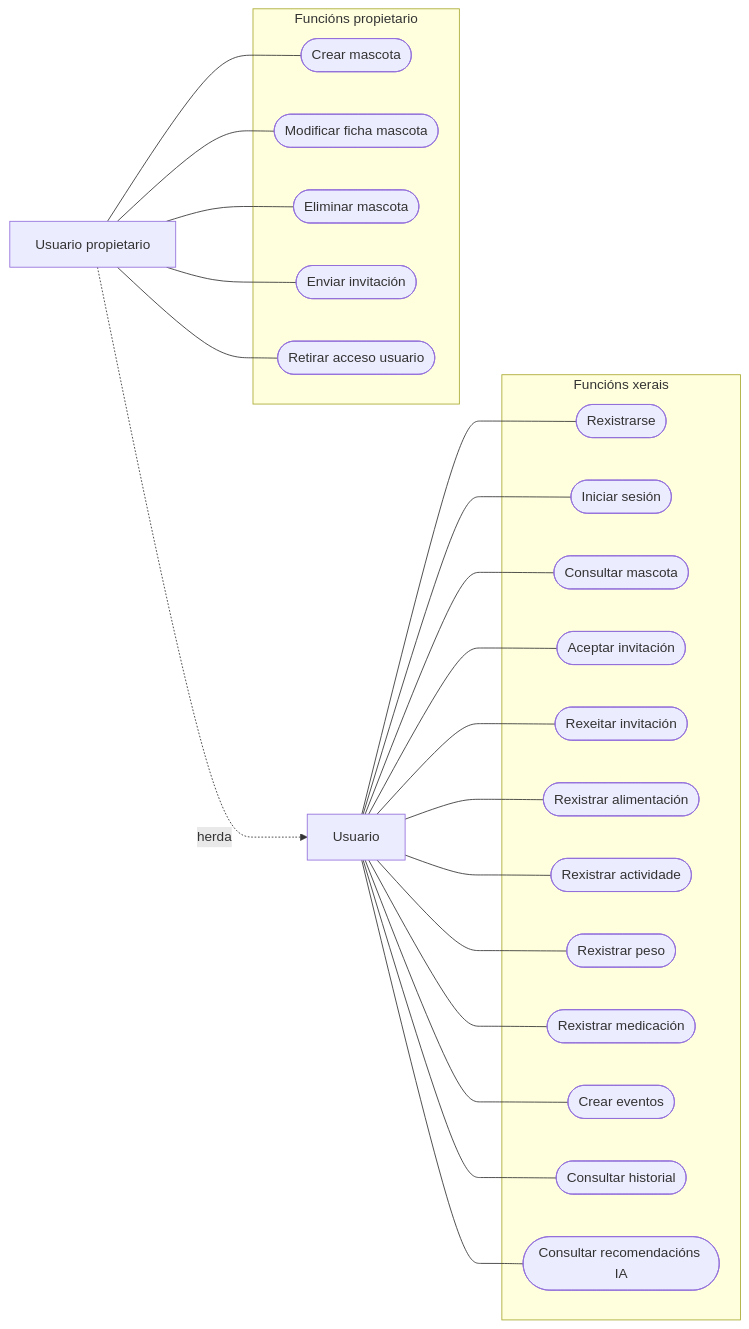
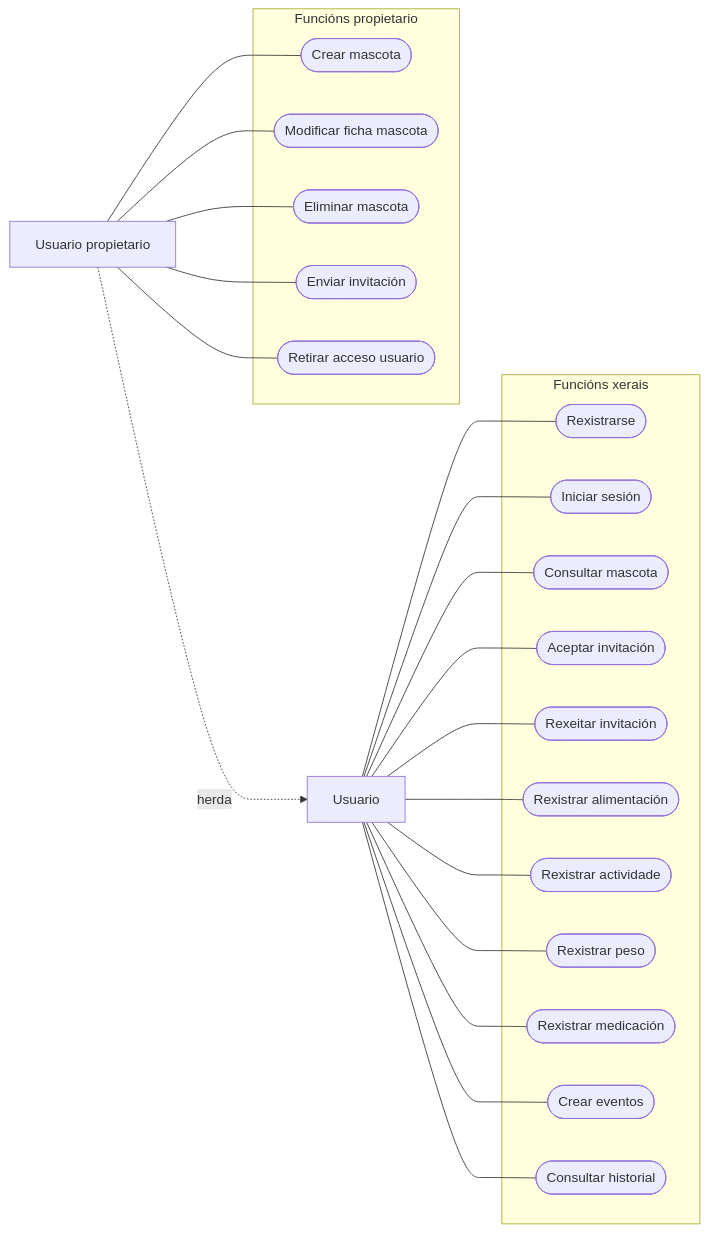
One commit to martinmgd/PetCare changed the third of 5 diagrams in doc/templates/5_deseño.md. Above: the diagram before and after it, drawn with Mermaid. The commit also changed other lines of this file and 9 other files, not shown here.

````diff
--- a/doc/templates/5_deseño.md
+++ b/doc/templates/5_deseño.md
@@ -173,52 +163,50 @@
 ```mermaid
 flowchart LR
 
 U[Usuario]
 P[Usuario propietario]
 
 P -. herda .-> U
 
 subgraph Funcións xerais
 A([Rexistrarse])
 B([Iniciar sesión])
 C([Consultar mascota])
 D([Aceptar invitación])
 E([Rexeitar invitación])
 
 F([Rexistrar alimentación])
 G([Rexistrar actividade])
 H([Rexistrar peso])
 I([Rexistrar medicación])
 
 J([Crear eventos])
 K([Consultar historial])
-L([Consultar recomendacións IA])
 end
 
 subgraph Funcións propietario
 M([Crear mascota])
 N([Modificar ficha mascota])
 O([Eliminar mascota])
 Q([Enviar invitación])
 R([Retirar acceso usuario])
 end
 
 U --- A
 U --- B
 U --- C
 U --- D
 U --- E
 U --- F
 U --- G
 U --- H
 U --- I
 U --- J
 U --- K
-U --- L
 
 P --- M
 P --- N
 P --- O
 P --- Q
 P --- R
 ```
````
